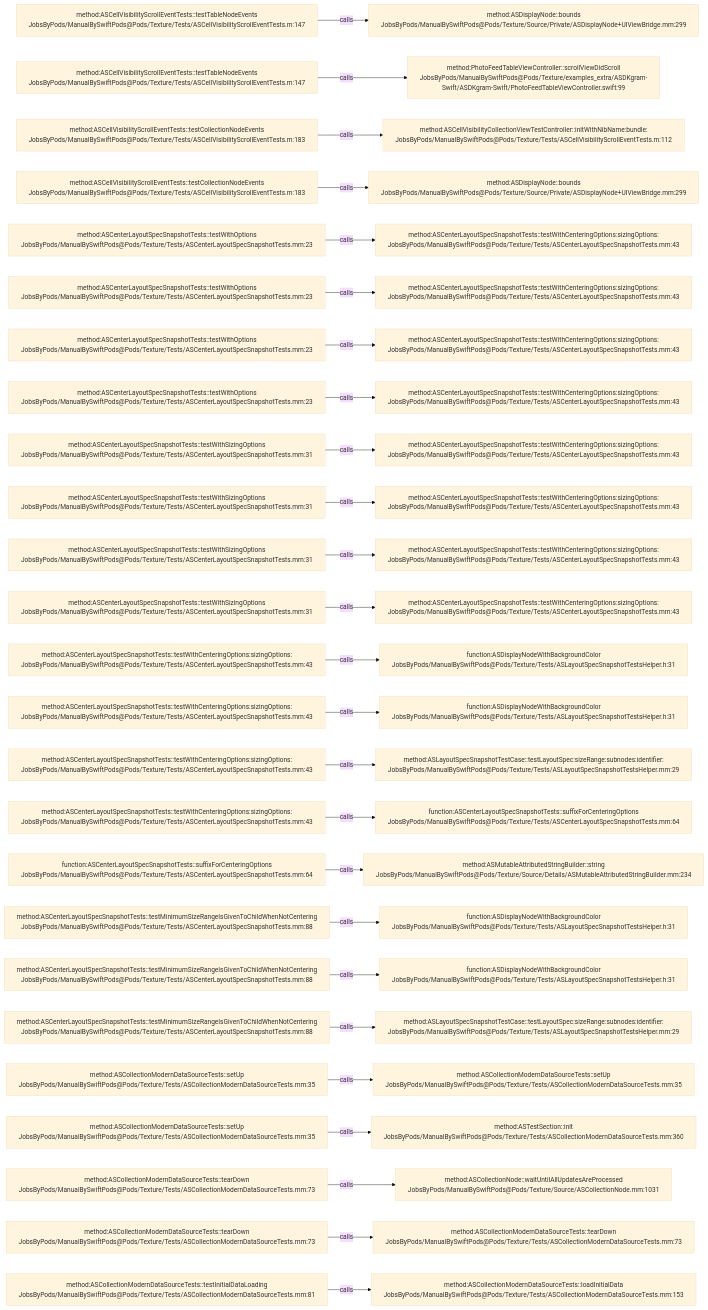
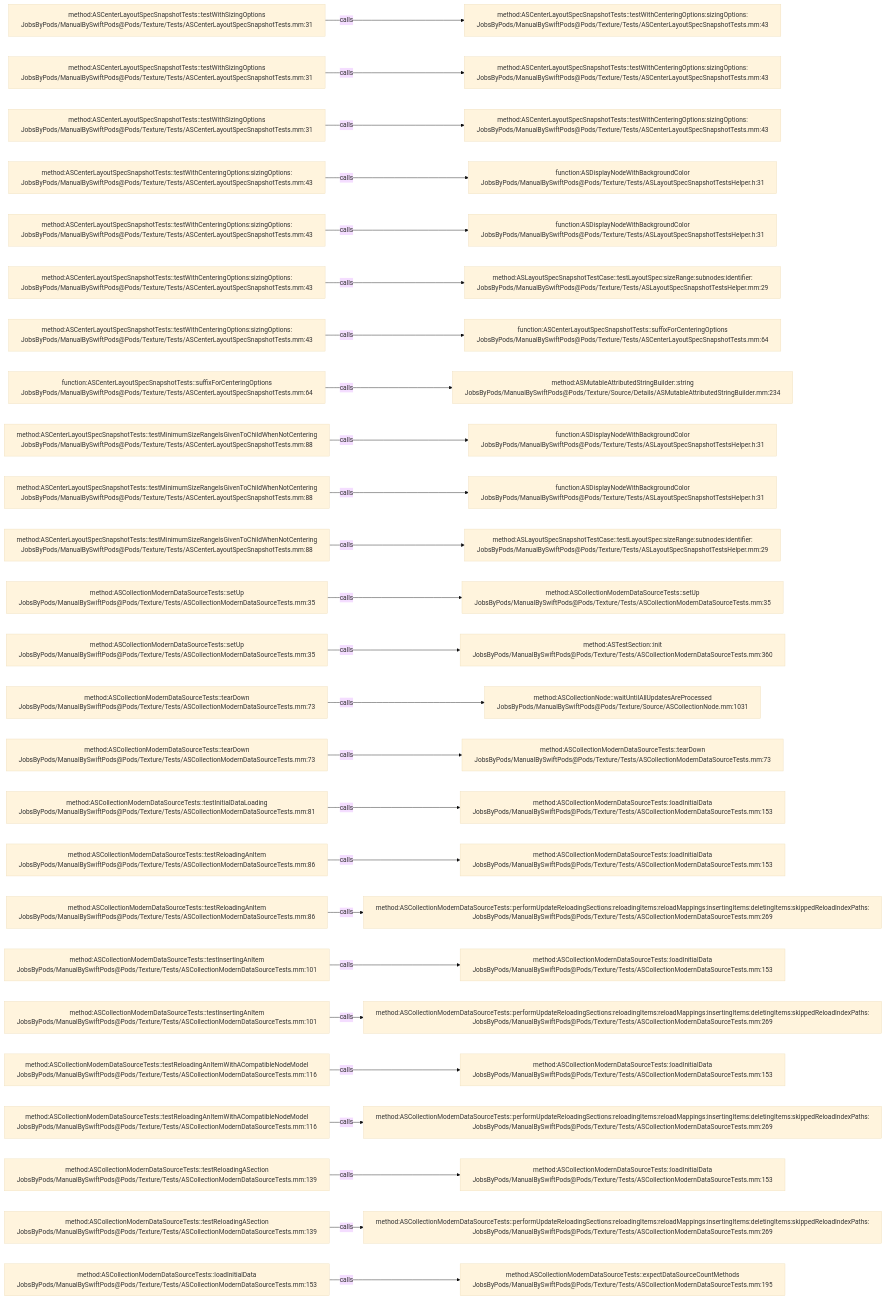
Before and after one commit to JobsKits/JobsSwiftBaseConfigDemo: the diagram in .codegraph/codegraph.md/graphs/calls-167.md, drawn with Mermaid (base theme). The commit also changed 707 other files, not shown here.

````diff
--- a/.codegraph/codegraph.md/graphs/calls-167.md
+++ b/.codegraph/codegraph.md/graphs/calls-167.md
@@ -13,78 +13,78 @@
 ```mermaid
 flowchart LR
-  S1["method:ASCellVisibilityScrollEventTests::testTableNodeEvents<br/>JobsByPods/ManualBySwiftPods@Pods/Texture/Tests/ASCellVisibilityScrollEventTests.m:147"]
-  T1["method:ASDisplayNode::bounds<br/>JobsByPods/ManualBySwiftPods@Pods/Texture/Source/Private/ASDisplayNode+UIViewBridge.mm:299"]
+  S1["method:ASCenterLayoutSpecSnapshotTests::testWithSizingOptions<br/>JobsByPods/ManualBySwiftPods@Pods/Texture/Tests/ASCenterLayoutSpecSnapshotTests.mm:31"]
+  T1["method:ASCenterLayoutSpecSnapshotTests::testWithCenteringOptions:sizingOptions:<br/>JobsByPods/ManualBySwiftPods@Pods/Texture/Tests/ASCenterLayoutSpecSnapshotTests.mm:43"]
   S1 -->|calls| T1
-  S2["method:ASCellVisibilityScrollEventTests::testTableNodeEvents<br/>JobsByPods/ManualBySwiftPods@Pods/Texture/Tests/ASCellVisibilityScrollEventTests.m:147"]
-  T2["method:PhotoFeedTableViewController::scrollViewDidScroll<br/>JobsByPods/ManualBySwiftPods@Pods/Texture/examples_extra/ASDKgram-Swift/ASDKgram-Swift/PhotoFeedTableViewController.swift:99"]
+  S2["method:ASCenterLayoutSpecSnapshotTests::testWithSizingOptions<br/>JobsByPods/ManualBySwiftPods@Pods/Texture/Tests/ASCenterLayoutSpecSnapshotTests.mm:31"]
+  T2["method:ASCenterLayoutSpecSnapshotTests::testWithCenteringOptions:sizingOptions:<br/>JobsByPods/ManualBySwiftPods@Pods/Texture/Tests/ASCenterLayoutSpecSnapshotTests.mm:43"]
   S2 -->|calls| T2
-  S3["method:ASCellVisibilityScrollEventTests::testCollectionNodeEvents<br/>JobsByPods/ManualBySwiftPods@Pods/Texture/Tests/ASCellVisibilityScrollEventTests.m:183"]
-  T3["method:ASCellVisibilityCollectionViewTestController::initWithNibName:bundle:<br/>JobsByPods/ManualBySwiftPods@Pods/Texture/Tests/ASCellVisibilityScrollEventTests.m:112"]
+  S3["method:ASCenterLayoutSpecSnapshotTests::testWithSizingOptions<br/>JobsByPods/ManualBySwiftPods@Pods/Texture/Tests/ASCenterLayoutSpecSnapshotTests.mm:31"]
+  T3["method:ASCenterLayoutSpecSnapshotTests::testWithCenteringOptions:sizingOptions:<br/>JobsByPods/ManualBySwiftPods@Pods/Texture/Tests/ASCenterLayoutSpecSnapshotTests.mm:43"]
   S3 -->|calls| T3
-  S4["method:ASCellVisibilityScrollEventTests::testCollectionNodeEvents<br/>JobsByPods/ManualBySwiftPods@Pods/Texture/Tests/ASCellVisibilityScrollEventTests.m:183"]
-  T4["method:ASDisplayNode::bounds<br/>JobsByPods/ManualBySwiftPods@Pods/Texture/Source/Private/ASDisplayNode+UIViewBridge.mm:299"]
+  S4["method:ASCenterLayoutSpecSnapshotTests::testWithCenteringOptions:sizingOptions:<br/>JobsByPods/ManualBySwiftPods@Pods/Texture/Tests/ASCenterLayoutSpecSnapshotTests.mm:43"]
+  T4["function:ASDisplayNodeWithBackgroundColor<br/>JobsByPods/ManualBySwiftPods@Pods/Texture/Tests/ASLayoutSpecSnapshotTestsHelper.h:31"]
   S4 -->|calls| T4
-  S5["method:ASCenterLayoutSpecSnapshotTests::testWithOptions<br/>JobsByPods/ManualBySwiftPods@Pods/Texture/Tests/ASCenterLayoutSpecSnapshotTests.mm:23"]
-  T5["method:ASCenterLayoutSpecSnapshotTests::testWithCenteringOptions:sizingOptions:<br/>JobsByPods/ManualBySwiftPods@Pods/Texture/Tests/ASCenterLayoutSpecSnapshotTests.mm:43"]
+  S5["method:ASCenterLayoutSpecSnapshotTests::testWithCenteringOptions:sizingOptions:<br/>JobsByPods/ManualBySwiftPods@Pods/Texture/Tests/ASCenterLayoutSpecSnapshotTests.mm:43"]
+  T5["function:ASDisplayNodeWithBackgroundColor<br/>JobsByPods/ManualBySwiftPods@Pods/Texture/Tests/ASLayoutSpecSnapshotTestsHelper.h:31"]
   S5 -->|calls| T5
-  S6["method:ASCenterLayoutSpecSnapshotTests::testWithOptions<br/>JobsByPods/ManualBySwiftPods@Pods/Texture/Tests/ASCenterLayoutSpecSnapshotTests.mm:23"]
-  T6["method:ASCenterLayoutSpecSnapshotTests::testWithCenteringOptions:sizingOptions:<br/>JobsByPods/ManualBySwiftPods@Pods/Texture/Tests/ASCenterLayoutSpecSnapshotTests.mm:43"]
+  S6["method:ASCenterLayoutSpecSnapshotTests::testWithCenteringOptions:sizingOptions:<br/>JobsByPods/ManualBySwiftPods@Pods/Texture/Tests/ASCenterLayoutSpecSnapshotTests.mm:43"]
+  T6["method:ASLayoutSpecSnapshotTestCase::testLayoutSpec:sizeRange:subnodes:identifier:<br/>JobsByPods/ManualBySwiftPods@Pods/Texture/Tests/ASLayoutSpecSnapshotTestsHelper.mm:29"]
   S6 -->|calls| T6
-  S7["method:ASCenterLayoutSpecSnapshotTests::testWithOptions<br/>JobsByPods/ManualBySwiftPods@Pods/Texture/Tests/ASCenterLayoutSpecSnapshotTests.mm:23"]
-  T7["method:ASCenterLayoutSpecSnapshotTests::testWithCenteringOptions:sizingOptions:<br/>JobsByPods/ManualBySwiftPods@Pods/Texture/Tests/ASCenterLayoutSpecSnapshotTests.mm:43"]
+  S7["method:ASCenterLayoutSpecSnapshotTests::testWithCenteringOptions:sizingOptions:<br/>JobsByPods/ManualBySwiftPods@Pods/Texture/Tests/ASCenterLayoutSpecSnapshotTests.mm:43"]
+  T7["function:ASCenterLayoutSpecSnapshotTests::suffixForCenteringOptions<br/>JobsByPods/ManualBySwiftPods@Pods/Texture/Tests/ASCenterLayoutSpecSnapshotTests.mm:64"]
   S7 -->|calls| T7
-  S8["method:ASCenterLayoutSpecSnapshotTests::testWithOptions<br/>JobsByPods/ManualBySwiftPods@Pods/Texture/Tests/ASCenterLayoutSpecSnapshotTests.mm:23"]
-  T8["method:ASCenterLayoutSpecSnapshotTests::testWithCenteringOptions:sizingOptions:<br/>JobsByPods/ManualBySwiftPods@Pods/Texture/Tests/ASCenterLayoutSpecSnapshotTests.mm:43"]
+  S8["function:ASCenterLayoutSpecSnapshotTests::suffixForCenteringOptions<br/>JobsByPods/ManualBySwiftPods@Pods/Texture/Tests/ASCenterLayoutSpecSnapshotTests.mm:64"]
+  T8["method:ASMutableAttributedStringBuilder::string<br/>JobsByPods/ManualBySwiftPods@Pods/Texture/Source/Details/ASMutableAttributedStringBuilder.mm:234"]
   S8 -->|calls| T8
-  S9["method:ASCenterLayoutSpecSnapshotTests::testWithSizingOptions<br/>JobsByPods/ManualBySwiftPods@Pods/Texture/Tests/ASCenterLayoutSpecSnapshotTests.mm:31"]
-  T9["method:ASCenterLayoutSpecSnapshotTests::testWithCenteringOptions:sizingOptions:<br/>JobsByPods/ManualBySwiftPods@Pods/Texture/Tests/ASCenterLayoutSpecSnapshotTests.mm:43"]
+  S9["method:ASCenterLayoutSpecSnapshotTests::testMinimumSizeRangeIsGivenToChildWhenNotCentering<br/>JobsByPods/ManualBySwiftPods@Pods/Texture/Tests/ASCenterLayoutSpecSnapshotTests.mm:88"]
+  T9["function:ASDisplayNodeWithBackgroundColor<br/>JobsByPods/ManualBySwiftPods@Pods/Texture/Tests/ASLayoutSpecSnapshotTestsHelper.h:31"]
   S9 -->|calls| T9
-  S10["method:ASCenterLayoutSpecSnapshotTests::testWithSizingOptions<br/>JobsByPods/ManualBySwiftPods@Pods/Texture/Tests/ASCenterLayoutSpecSnapshotTests.mm:31"]
-  T10["method:ASCenterLayoutSpecSnapshotTests::testWithCenteringOptions:sizingOptions:<br/>JobsByPods/ManualBySwiftPods@Pods/Texture/Tests/ASCenterLayoutSpecSnapshotTests.mm:43"]
+  S10["method:ASCenterLayoutSpecSnapshotTests::testMinimumSizeRangeIsGivenToChildWhenNotCentering<br/>JobsByPods/ManualBySwiftPods@Pods/Texture/Tests/ASCenterLayoutSpecSnapshotTests.mm:88"]
+  T10["function:ASDisplayNodeWithBackgroundColor<br/>JobsByPods/ManualBySwiftPods@Pods/Texture/Tests/ASLayoutSpecSnapshotTestsHelper.h:31"]
   S10 -->|calls| T10
-  S11["method:ASCenterLayoutSpecSnapshotTests::testWithSizingOptions<br/>JobsByPods/ManualBySwiftPods@Pods/Texture/Tests/ASCenterLayoutSpecSnapshotTests.mm:31"]
-  T11["method:ASCenterLayoutSpecSnapshotTests::testWithCenteringOptions:sizingOptions:<br/>JobsByPods/ManualBySwiftPods@Pods/Texture/Tests/ASCenterLayoutSpecSnapshotTests.mm:43"]
+  S11["method:ASCenterLayoutSpecSnapshotTests::testMinimumSizeRangeIsGivenToChildWhenNotCentering<br/>JobsByPods/ManualBySwiftPods@Pods/Texture/Tests/ASCenterLayoutSpecSnapshotTests.mm:88"]
+  T11["method:ASLayoutSpecSnapshotTestCase::testLayoutSpec:sizeRange:subnodes:identifier:<br/>JobsByPods/ManualBySwiftPods@Pods/Texture/Tests/ASLayoutSpecSnapshotTestsHelper.mm:29"]
   S11 -->|calls| T11
-  S12["method:ASCenterLayoutSpecSnapshotTests::testWithSizingOptions<br/>JobsByPods/ManualBySwiftPods@Pods/Texture/Tests/ASCenterLayoutSpecSnapshotTests.mm:31"]
-  T12["method:ASCenterLayoutSpecSnapshotTests::testWithCenteringOptions:sizingOptions:<br/>JobsByPods/ManualBySwiftPods@Pods/Texture/Tests/ASCenterLayoutSpecSnapshotTests.mm:43"]
+  S12["method:ASCollectionModernDataSourceTests::setUp<br/>JobsByPods/ManualBySwiftPods@Pods/Texture/Tests/ASCollectionModernDataSourceTests.mm:35"]
+  T12["method:ASCollectionModernDataSourceTests::setUp<br/>JobsByPods/ManualBySwiftPods@Pods/Texture/Tests/ASCollectionModernDataSourceTests.mm:35"]
   S12 -->|calls| T12
-  S13["method:ASCenterLayoutSpecSnapshotTests::testWithCenteringOptions:sizingOptions:<br/>JobsByPods/ManualBySwiftPods@Pods/Texture/Tests/ASCenterLayoutSpecSnapshotTests.mm:43"]
-  T13["function:ASDisplayNodeWithBackgroundColor<br/>JobsByPods/ManualBySwiftPods@Pods/Texture/Tests/ASLayoutSpecSnapshotTestsHelper.h:31"]
+  S13["method:ASCollectionModernDataSourceTests::setUp<br/>JobsByPods/ManualBySwiftPods@Pods/Texture/Tests/ASCollectionModernDataSourceTests.mm:35"]
+  T13["method:ASTestSection::init<br/>JobsByPods/ManualBySwiftPods@Pods/Texture/Tests/ASCollectionModernDataSourceTests.mm:360"]
   S13 -->|calls| T13
-  S14["method:ASCenterLayoutSpecSnapshotTests::testWithCenteringOptions:sizingOptions:<br/>JobsByPods/ManualBySwiftPods@Pods/Texture/Tests/ASCenterLayoutSpecSnapshotTests.mm:43"]
-  T14["function:ASDisplayNodeWithBackgroundColor<br/>JobsByPods/ManualBySwiftPods@Pods/Texture/Tests/ASLayoutSpecSnapshotTestsHelper.h:31"]
+  S14["method:ASCollectionModernDataSourceTests::tearDown<br/>JobsByPods/ManualBySwiftPods@Pods/Texture/Tests/ASCollectionModernDataSourceTests.mm:73"]
+  T14["method:ASCollectionNode::waitUntilAllUpdatesAreProcessed<br/>JobsByPods/ManualBySwiftPods@Pods/Texture/Source/ASCollectionNode.mm:1031"]
   S14 -->|calls| T14
-  S15["method:ASCenterLayoutSpecSnapshotTests::testWithCenteringOptions:sizingOptions:<br/>JobsByPods/ManualBySwiftPods@Pods/Texture/Tests/ASCenterLayoutSpecSnapshotTests.mm:43"]
-  T15["method:ASLayoutSpecSnapshotTestCase::testLayoutSpec:sizeRange:subnodes:identifier:<br/>JobsByPods/ManualBySwiftPods@Pods/Texture/Tests/ASLayoutSpecSnapshotTestsHelper.mm:29"]
+  S15["method:ASCollectionModernDataSourceTests::tearDown<br/>JobsByPods/ManualBySwiftPods@Pods/Texture/Tests/ASCollectionModernDataSourceTests.mm:73"]
+  T15["method:ASCollectionModernDataSourceTests::tearDown<br/>JobsByPods/ManualBySwiftPods@Pods/Texture/Tests/ASCollectionModernDataSourceTests.mm:73"]
   S15 -->|calls| T15
-  S16["method:ASCenterLayoutSpecSnapshotTests::testWithCenteringOptions:sizingOptions:<br/>JobsByPods/ManualBySwiftPods@Pods/Texture/Tests/ASCenterLayoutSpecSnapshotTests.mm:43"]
-  T16["function:ASCenterLayoutSpecSnapshotTests::suffixForCenteringOptions<br/>JobsByPods/ManualBySwiftPods@Pods/Texture/Tests/ASCenterLayoutSpecSnapshotTests.mm:64"]
+  S16["method:ASCollectionModernDataSourceTests::testInitialDataLoading<br/>JobsByPods/ManualBySwiftPods@Pods/Texture/Tests/ASCollectionModernDataSourceTests.mm:81"]
+  T16["method:ASCollectionModernDataSourceTests::loadInitialData<br/>JobsByPods/ManualBySwiftPods@Pods/Texture/Tests/ASCollectionModernDataSourceTests.mm:153"]
   S16 -->|calls| T16
-  S17["function:ASCenterLayoutSpecSnapshotTests::suffixForCenteringOptions<br/>JobsByPods/ManualBySwiftPods@Pods/Texture/Tests/ASCenterLayoutSpecSnapshotTests.mm:64"]
-  T17["method:ASMutableAttributedStringBuilder::string<br/>JobsByPods/ManualBySwiftPods@Pods/Texture/Source/Details/ASMutableAttributedStringBuilder.mm:234"]
+  S17["method:ASCollectionModernDataSourceTests::testReloadingAnItem<br/>JobsByPods/ManualBySwiftPods@Pods/Texture/Tests/ASCollectionModernDataSourceTests.mm:86"]
+  T17["method:ASCollectionModernDataSourceTests::loadInitialData<br/>JobsByPods/ManualBySwiftPods@Pods/Texture/Tests/ASCollectionModernDataSourceTests.mm:153"]
   S17 -->|calls| T17
-  S18["method:ASCenterLayoutSpecSnapshotTests::testMinimumSizeRangeIsGivenToChildWhenNotCentering<br/>JobsByPods/ManualBySwiftPods@Pods/Texture/Tests/ASCenterLayoutSpecSnapshotTests.mm:88"]
-  T18["function:ASDisplayNodeWithBackgroundColor<br/>JobsByPods/ManualBySwiftPods@Pods/Texture/Tests/ASLayoutSpecSnapshotTestsHelper.h:31"]
+  S18["method:ASCollectionModernDataSourceTests::testReloadingAnItem<br/>JobsByPods/ManualBySwiftPods@Pods/Texture/Tests/ASCollectionModernDataSourceTests.mm:86"]
+  T18["method:ASCollectionModernDataSourceTests::performUpdateReloadingSections:reloadingItems:reloadMappings:insertingItems:deletingItems:skippedReloadIndexPaths:<br/>JobsByPods/ManualBySwiftPods@Pods/Texture/Tests/ASCollectionModernDataSourceTests.mm:269"]
   S18 -->|calls| T18
-  S19["method:ASCenterLayoutSpecSnapshotTests::testMinimumSizeRangeIsGivenToChildWhenNotCentering<br/>JobsByPods/ManualBySwiftPods@Pods/Texture/Tests/ASCenterLayoutSpecSnapshotTests.mm:88"]
-  T19["function:ASDisplayNodeWithBackgroundColor<br/>JobsByPods/ManualBySwiftPods@Pods/Texture/Tests/ASLayoutSpecSnapshotTestsHelper.h:31"]
+  S19["method:ASCollectionModernDataSourceTests::testInsertingAnItem<br/>JobsByPods/ManualBySwiftPods@Pods/Texture/Tests/ASCollectionModernDataSourceTests.mm:101"]
+  T19["method:ASCollectionModernDataSourceTests::loadInitialData<br/>JobsByPods/ManualBySwiftPods@Pods/Texture/Tests/ASCollectionModernDataSourceTests.mm:153"]
   S19 -->|calls| T19
-  S20["method:ASCenterLayoutSpecSnapshotTests::testMinimumSizeRangeIsGivenToChildWhenNotCentering<br/>JobsByPods/ManualBySwiftPods@Pods/Texture/Tests/ASCenterLayoutSpecSnapshotTests.mm:88"]
-  T20["method:ASLayoutSpecSnapshotTestCase::testLayoutSpec:sizeRange:subnodes:identifier:<br/>JobsByPods/ManualBySwiftPods@Pods/Texture/Tests/ASLayoutSpecSnapshotTestsHelper.mm:29"]
+  S20["method:ASCollectionModernDataSourceTests::testInsertingAnItem<br/>JobsByPods/ManualBySwiftPods@Pods/Texture/Tests/ASCollectionModernDataSourceTests.mm:101"]
+  T20["method:ASCollectionModernDataSourceTests::performUpdateReloadingSections:reloadingItems:reloadMappings:insertingItems:deletingItems:skippedReloadIndexPaths:<br/>JobsByPods/ManualBySwiftPods@Pods/Texture/Tests/ASCollectionModernDataSourceTests.mm:269"]
   S20 -->|calls| T20
-  S21["method:ASCollectionModernDataSourceTests::setUp<br/>JobsByPods/ManualBySwiftPods@Pods/Texture/Tests/ASCollectionModernDataSourceTests.mm:35"]
-  T21["method:ASCollectionModernDataSourceTests::setUp<br/>JobsByPods/ManualBySwiftPods@Pods/Texture/Tests/ASCollectionModernDataSourceTests.mm:35"]
+  S21["method:ASCollectionModernDataSourceTests::testReloadingAnItemWithACompatibleNodeModel<br/>JobsByPods/ManualBySwiftPods@Pods/Texture/Tests/ASCollectionModernDataSourceTests.mm:116"]
+  T21["method:ASCollectionModernDataSourceTests::loadInitialData<br/>JobsByPods/ManualBySwiftPods@Pods/Texture/Tests/ASCollectionModernDataSourceTests.mm:153"]
   S21 -->|calls| T21
-  S22["method:ASCollectionModernDataSourceTests::setUp<br/>JobsByPods/ManualBySwiftPods@Pods/Texture/Tests/ASCollectionModernDataSourceTests.mm:35"]
-  T22["method:ASTestSection::init<br/>JobsByPods/ManualBySwiftPods@Pods/Texture/Tests/ASCollectionModernDataSourceTests.mm:360"]
+  S22["method:ASCollectionModernDataSourceTests::testReloadingAnItemWithACompatibleNodeModel<br/>JobsByPods/ManualBySwiftPods@Pods/Texture/Tests/ASCollectionModernDataSourceTests.mm:116"]
+  T22["method:ASCollectionModernDataSourceTests::performUpdateReloadingSections:reloadingItems:reloadMappings:insertingItems:deletingItems:skippedReloadIndexPaths:<br/>JobsByPods/ManualBySwiftPods@Pods/Texture/Tests/ASCollectionModernDataSourceTests.mm:269"]
   S22 -->|calls| T22
-  S23["method:ASCollectionModernDataSourceTests::tearDown<br/>JobsByPods/ManualBySwiftPods@Pods/Texture/Tests/ASCollectionModernDataSourceTests.mm:73"]
-  T23["method:ASCollectionNode::waitUntilAllUpdatesAreProcessed<br/>JobsByPods/ManualBySwiftPods@Pods/Texture/Source/ASCollectionNode.mm:1031"]
+  S23["method:ASCollectionModernDataSourceTests::testReloadingASection<br/>JobsByPods/ManualBySwiftPods@Pods/Texture/Tests/ASCollectionModernDataSourceTests.mm:139"]
+  T23["method:ASCollectionModernDataSourceTests::loadInitialData<br/>JobsByPods/ManualBySwiftPods@Pods/Texture/Tests/ASCollectionModernDataSourceTests.mm:153"]
   S23 -->|calls| T23
-  S24["method:ASCollectionModernDataSourceTests::tearDown<br/>JobsByPods/ManualBySwiftPods@Pods/Texture/Tests/ASCollectionModernDataSourceTests.mm:73"]
-  T24["method:ASCollectionModernDataSourceTests::tearDown<br/>JobsByPods/ManualBySwiftPods@Pods/Texture/Tests/ASCollectionModernDataSourceTests.mm:73"]
+  S24["method:ASCollectionModernDataSourceTests::testReloadingASection<br/>JobsByPods/ManualBySwiftPods@Pods/Texture/Tests/ASCollectionModernDataSourceTests.mm:139"]
+  T24["method:ASCollectionModernDataSourceTests::performUpdateReloadingSections:reloadingItems:reloadMappings:insertingItems:deletingItems:skippedReloadIndexPaths:<br/>JobsByPods/ManualBySwiftPods@Pods/Texture/Tests/ASCollectionModernDataSourceTests.mm:269"]
   S24 -->|calls| T24
-  S25["method:ASCollectionModernDataSourceTests::testInitialDataLoading<br/>JobsByPods/ManualBySwiftPods@Pods/Texture/Tests/ASCollectionModernDataSourceTests.mm:81"]
-  T25["method:ASCollectionModernDataSourceTests::loadInitialData<br/>JobsByPods/ManualBySwiftPods@Pods/Texture/Tests/ASCollectionModernDataSourceTests.mm:153"]
+  S25["method:ASCollectionModernDataSourceTests::loadInitialData<br/>JobsByPods/ManualBySwiftPods@Pods/Texture/Tests/ASCollectionModernDataSourceTests.mm:153"]
+  T25["method:ASCollectionModernDataSourceTests::expectDataSourceCountMethods<br/>JobsByPods/ManualBySwiftPods@Pods/Texture/Tests/ASCollectionModernDataSourceTests.mm:195"]
   S25 -->|calls| T25
 ```
````
